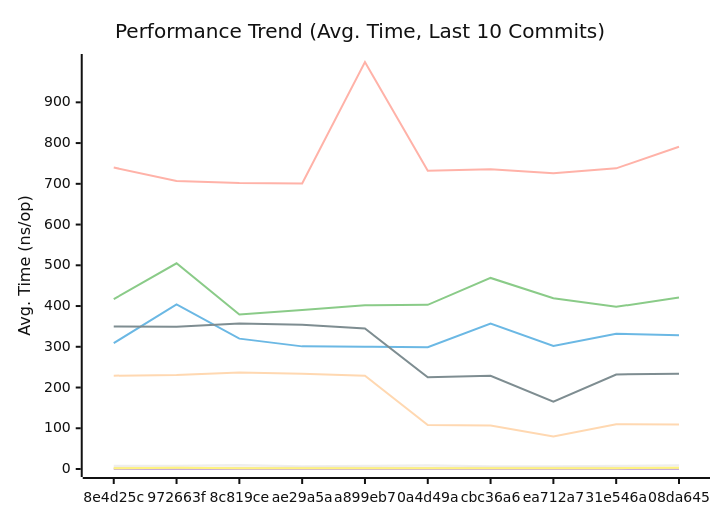
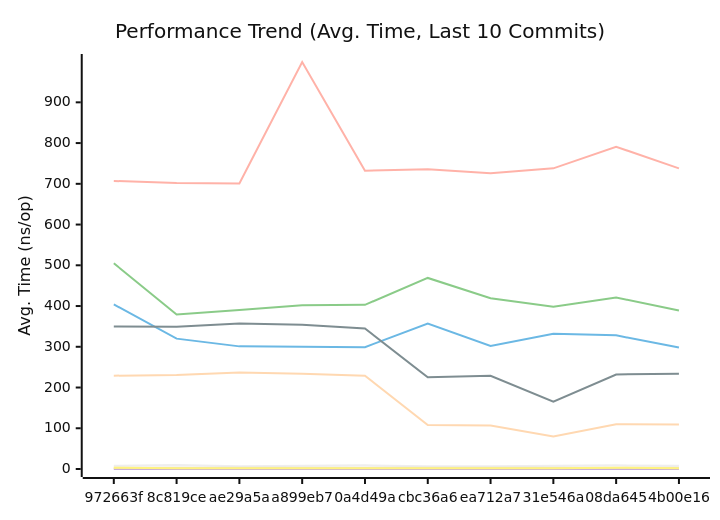
The first of 3 diagrams in docs/PERFORMANCE.md (alsotoes/momo), drawn with Mermaid (neutral theme) before and after one commit. The commit also changed other lines of this file and 5 other files, not shown here.

````diff
--- a/docs/PERFORMANCE.md
+++ b/docs/PERFORMANCE.md
@@ -81,16 +80,16 @@
 ```mermaid
 xychart-beta
     title "Performance Trend (Avg. Time, Last 10 Commits)"
     x-axis "Commit"
     y-axis "Avg. Time (ns/op)"
-    x-axis [8e4d25c,972663f,8c819ce,ae29a5a,a899eb7,0a4d49a,cbc36a6,ea712a7,31e546a,08da645]
-    line "CheckMetricsAndSwap" [8,8,10,7,8,9,7,7,8,9]
-    line "CrushOptimized" [309,404,320,301,300,299,357,302,332,328]
-    line "CrushOriginal" [417,505,379,390,402,403,469,419,398,421]
+    x-axis [972663f,8c819ce,ae29a5a,a899eb7,0a4d49a,cbc36a6,ea712a7,31e546a,08da645,4b00e16]
+    line "CheckMetricsAndSwap" [8,10,7,8,9,7,7,8,9,8]
+    line "CrushOptimized" [404,320,301,300,299,357,302,332,328,298]
+    line "CrushOriginal" [505,379,390,402,403,469,419,398,421,389]
     line "IndexDirectTracking" [0,0,0,0,0,0,0,0,0,0]
     line "IndexSearch" [3,3,3,3,3,3,3,3,3,3]
-    line "LoadGlobalConfig" [740,707,702,701,999,732,736,726,738,791]
-    line "PadString" [2,3,2,2,2,2,2,2,2,3]
+    line "LoadGlobalConfig" [707,702,701,999,732,736,726,738,791,738]
+    line "PadString" [3,2,2,2,2,2,2,2,3,2]
     line "ParseReplicationOrder_NoPrealloc" [350,349,357,354,345,225,229,165,232,234]
     line "ParseReplicationOrder_Prealloc" [229,231,237,234,229,108,107,80,110,109]
 ```
````
